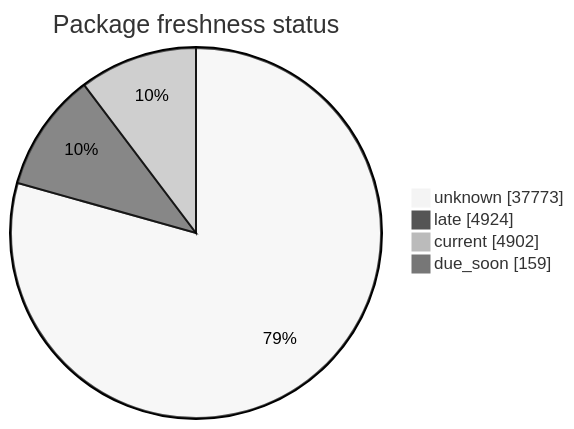
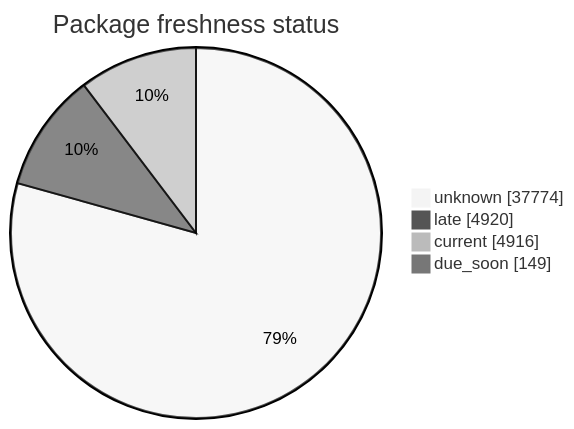
The second of 5 diagrams in FreshCheck/README.md (open-data/analytics-corporate-reporting), drawn with Mermaid (neutral theme) before and after one commit. The commit also changed other lines of this file and 3 other files, not shown here.

````diff
--- a/FreshCheck/README.md
+++ b/FreshCheck/README.md
@@ -68,7 +68,7 @@
 ```mermaid
 pie showData title Package freshness status
-    "unknown": 37773
-    "late": 4924
-    "current": 4902
-    "due_soon": 159
+    "unknown": 37774
+    "late": 4920
+    "current": 4916
+    "due_soon": 149
 ```
````
